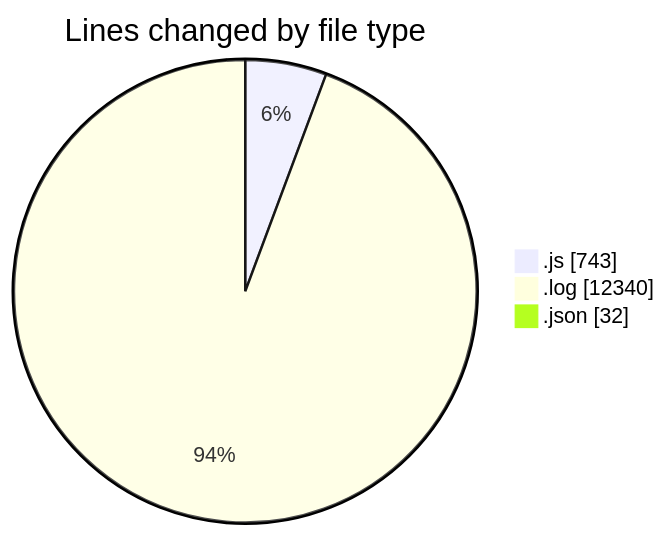
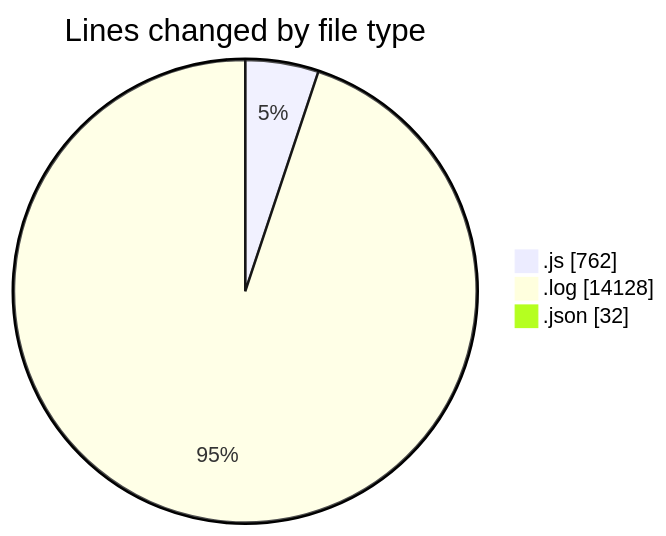
Before and after one commit to nxtqubesakshisongat/code-tracking: the first of 2 diagrams in 2025-04-15/nxtqube_webapp/README.md, drawn with Mermaid. The commit also changed other lines of this file and 1 other file, not shown here.

````diff
--- a/2025-04-15/nxtqube_webapp/README.md
+++ b/2025-04-15/nxtqube_webapp/README.md
@@ -31,7 +32,7 @@
 ```mermaid
 pie showData
 title Lines changed by file type
-".js" : 743
-".log" : 12340
+".js" : 762
+".log" : 14128
 ".json" : 32
 ```
````
